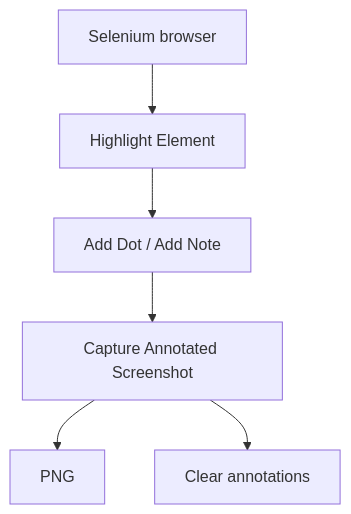
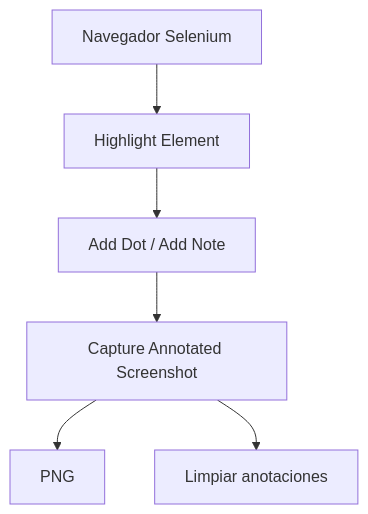
One commit to angel-valdezzz/robotframework-marka changed the diagram in docs/es/index.md. Above: the diagram before and after it, drawn with Mermaid.

Commit message:
docs: localize the homepage flow diagram

````diff
--- a/docs/es/index.md
+++ b/docs/es/index.md
@@ -38,8 +38,8 @@
 ```mermaid
 flowchart TD
-    B[Selenium browser] --> H[Highlight Element]
+    B[Navegador Selenium] --> H[Highlight Element]
     H --> N[Add Dot / Add Note]
     N --> C[Capture Annotated Screenshot]
     C --> P[PNG]
-    C --> X[Clear annotations]
+    C --> X[Limpiar anotaciones]
 ```
````
